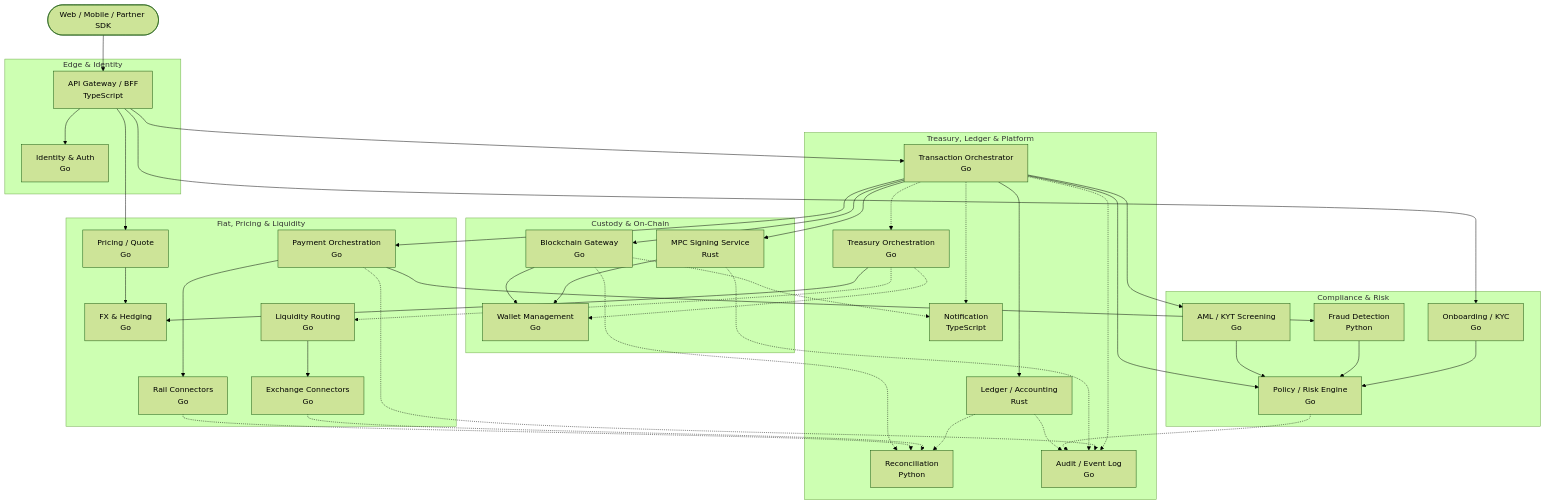
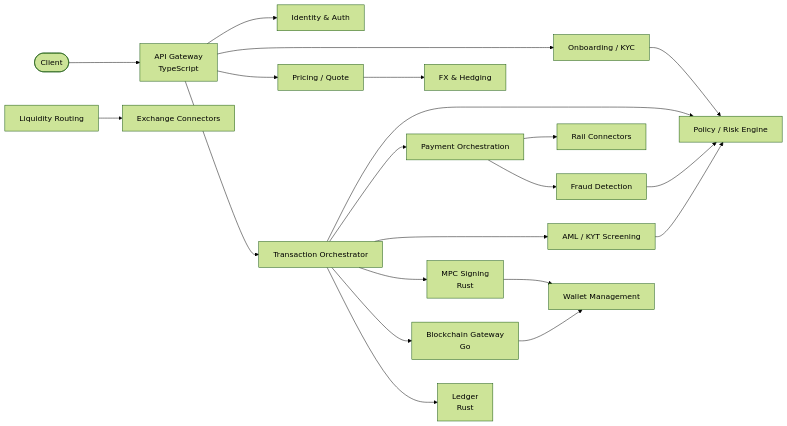
Before and after one commit to ai-crypto-onramp/.github: the first of 2 diagrams in README.md, drawn with Mermaid (forest theme). The commit also changed other lines of this file, not shown here.

Commit message:
Split architecture diagram into transaction path + async layer for readability

````diff
--- a/README.md
+++ b/README.md
@@ -77,95 +84,42 @@
 ```mermaid
-flowchart TB
-    Client([Web / Mobile / Partner SDK])
+flowchart LR
+    Client([Client])
+    GW[API Gateway<br/>TypeScript]
+    AUTH[Identity & Auth]
+    KYC[Onboarding / KYC]
+    PRICE[Pricing / Quote]
+    ORCH[Transaction Orchestrator]
+    POLICY[Policy / Risk Engine]
+    FRAUD[Fraud Detection]
+    KYT[AML / KYT Screening]
+    PAY[Payment Orchestration]
+    RAILS[Rail Connectors]
+    FX[FX & Hedging]
+    MPC[MPC Signing<br/>Rust]
+    WALLET[Wallet Management]
+    CHAIN[Blockchain Gateway<br/>Go]
+    LEDGER[Ledger<br/>Rust]
+    LIQ[Liquidity Routing]
+    EXCH[Exchange Connectors]
 
-    subgraph Edge["Edge & Identity"]
-        GW[API Gateway / BFF<br/>TypeScript]
-        AUTH[Identity & Auth<br/>Go]
-    end
-
-    subgraph Compliance["Compliance & Risk"]
-        KYC[Onboarding / KYC<br/>Go]
-        KYT[AML / KYT Screening<br/>Go]
-        POLICY[Policy / Risk Engine<br/>Go]
-        FRAUD[Fraud Detection<br/>Python]
-    end
-
-    subgraph Fiat["Fiat, Pricing & Liquidity"]
-        PAY[Payment Orchestration<br/>Go]
-        RAILS[Rail Connectors<br/>Go]
-        PRICE[Pricing / Quote<br/>Go]
-        FX[FX & Hedging<br/>Go]
-        LIQ[Liquidity Routing<br/>Go]
-        EXCH[Exchange Connectors<br/>Go]
-    end
-
-    subgraph Custody["Custody & On-Chain"]
-        MPC[MPC Signing Service<br/>Rust]
-        WALLET[Wallet Management<br/>Go]
-        CHAIN[Blockchain Gateway<br/>Go]
-    end
-
-    subgraph Platform["Treasury, Ledger & Platform"]
-        ORCH[Transaction Orchestrator<br/>Go]
-        LEDGER[Ledger / Accounting<br/>Rust]
-        TREAS[Treasury Orchestration<br/>Go]
-        RECON[Reconciliation<br/>Python]
-        NOTIF[Notification<br/>TypeScript]
-        AUDIT[Audit / Event Log<br/>Go]
-    end
-
-    %% Client entry
     Client --> GW
     GW --> AUTH
     GW --> KYC
     GW --> PRICE
     GW --> ORCH
-
-    %% Compliance wiring
     KYC --> POLICY
     FRAUD --> POLICY
     KYT --> POLICY
-
-    %% Orchestrator saga (transaction path)
     ORCH --> POLICY
     ORCH --> PAY
     ORCH --> KYT
     ORCH --> MPC
     ORCH --> CHAIN
     ORCH --> LEDGER
-
-    %% Fiat rails
     PAY --> RAILS
     PAY --> FRAUD
-
-    %% Pricing & FX
     PRICE --> FX
-
-    %% Liquidity
     LIQ --> EXCH
-
-    %% Custody & on-chain
     MPC --> WALLET
     CHAIN --> WALLET
-
-    %% Treasury (async aggregation)
-    ORCH -.-> TREAS
-    TREAS -.-> LIQ
-    TREAS -.-> WALLET
-    TREAS --> FX
-
-    %% Reconciliation inputs
-    LEDGER -.-> RECON
-    EXCH -.-> RECON
-    RAILS -.-> RECON
-    CHAIN -.-> RECON
-
-    %% Cross-cutting async
-    ORCH -.-> NOTIF
-    CHAIN -.-> NOTIF
-    ORCH -.-> AUDIT
-    PAY -.-> AUDIT
-    MPC -.-> AUDIT
-    POLICY -.-> AUDIT
-    LEDGER -.-> AUDIT
 ```
````
